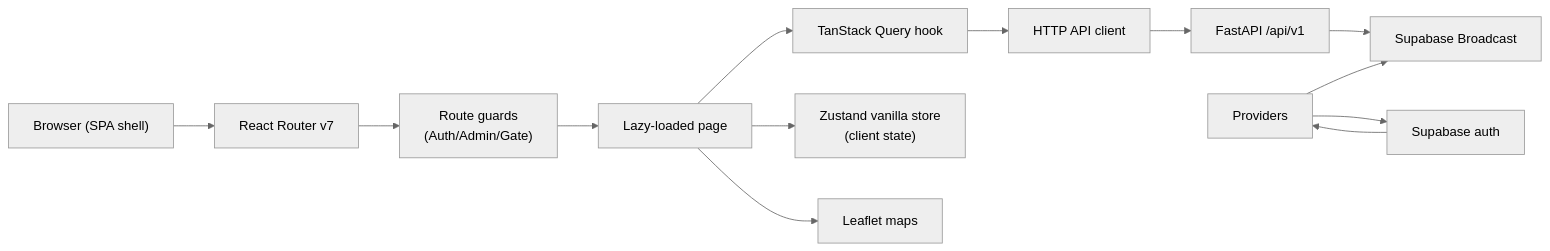
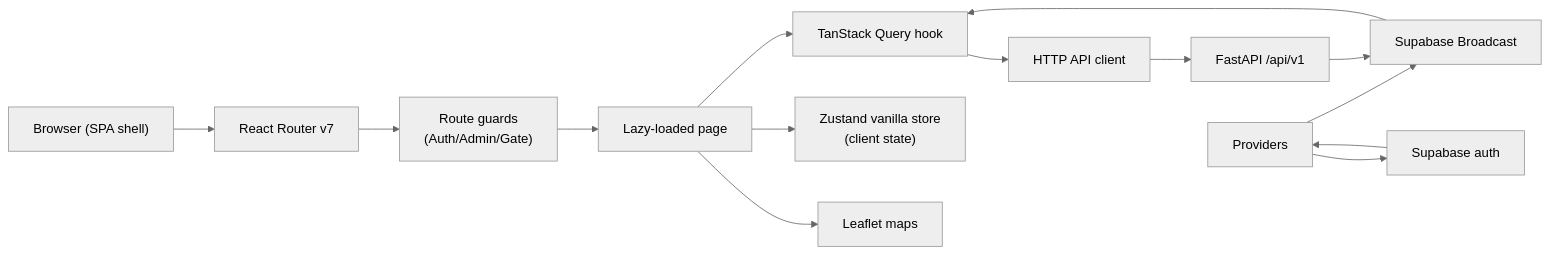
One commit to 360ghar/360-flatmates-web changed the first of 2 diagrams in .wiki/overview/architecture.md. Above: the diagram before and after it, drawn with Mermaid (neutral theme). The commit also changed 6 other files, not shown here.

````diff
--- a/.wiki/overview/architecture.md
+++ b/.wiki/overview/architecture.md
@@ -5,15 +5,16 @@
 ```mermaid
 graph LR
     Browser["Browser (SPA shell)"] --> Router["React Router v7"]
     Router --> Guard["Route guards<br/>(Auth/Admin/Gate)"]
     Guard --> Page["Lazy-loaded page"]
     Page --> Query["TanStack Query hook"]
     Query --> Client["HTTP API client"]
     Client --> Backend["FastAPI /api/v1"]
     Page --> Store["Zustand vanilla store<br/>(client state)"]
     Provider["Providers"] --> RT["Supabase Broadcast"]
     Backend --> RT
+    RT --> Query
     Provider --> Supabase["Supabase auth"]
     Supabase --> Provider
     Page --> Map["Leaflet maps"]
 ```
````
